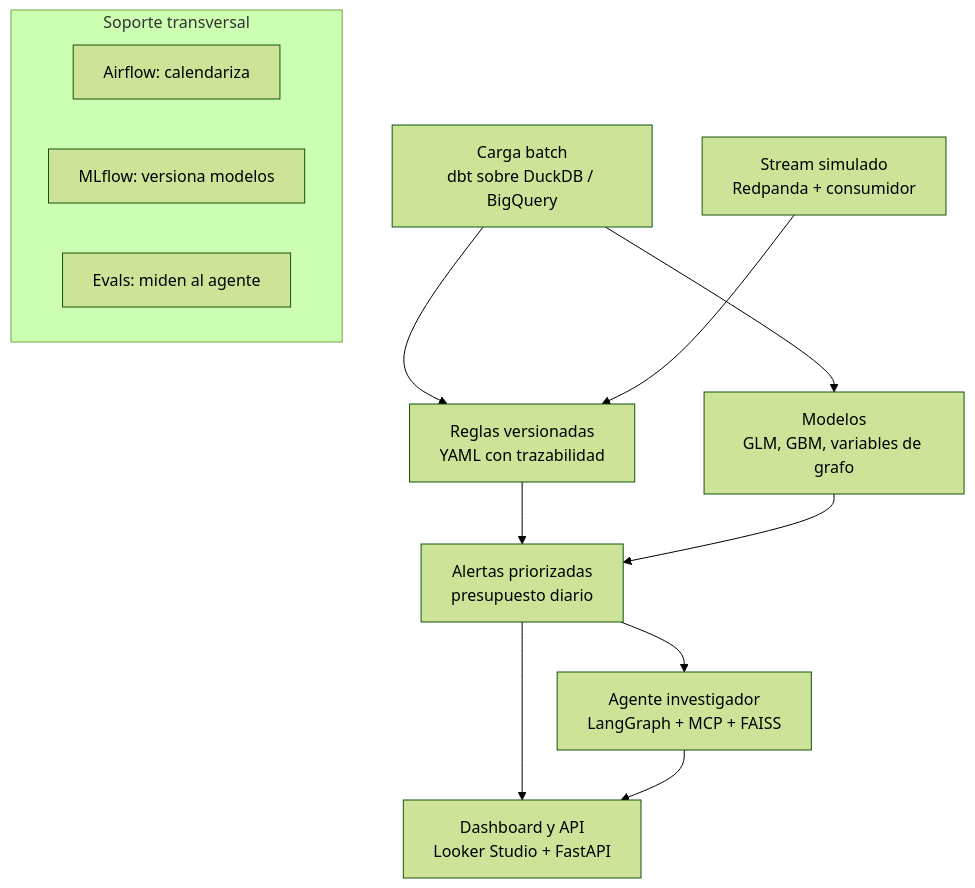
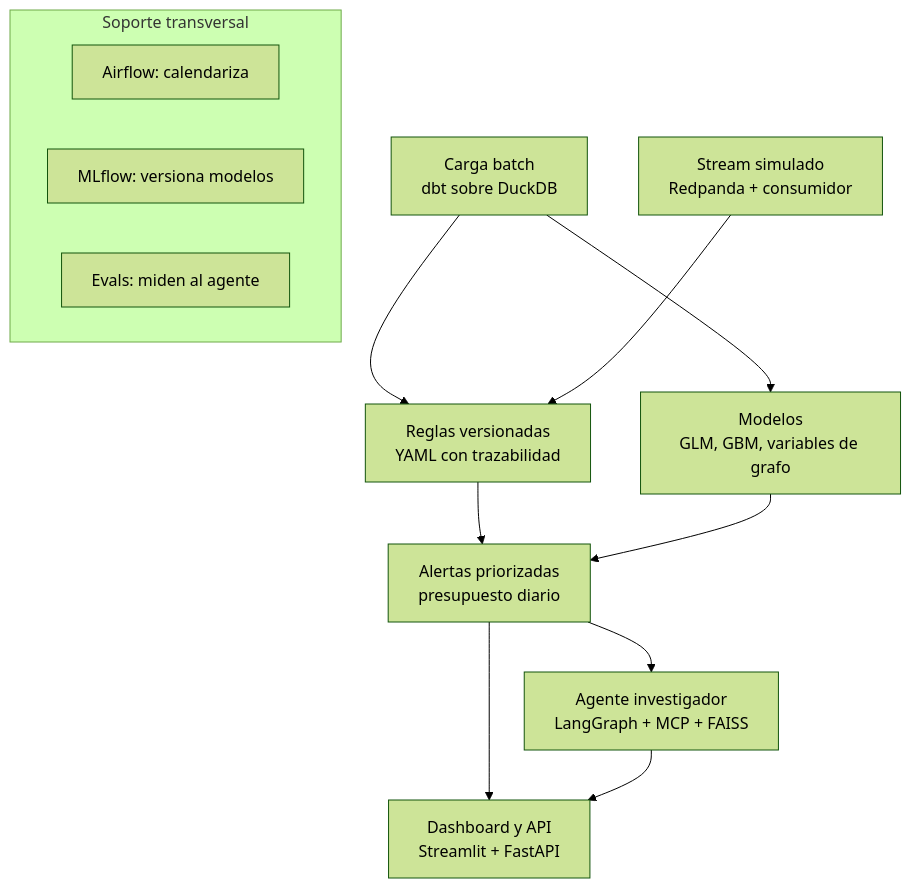
One commit to dansaavedra1103/atalayero changed the diagram in docs/design.md. Above: the diagram before and after it, drawn with Mermaid (forest theme). The commit also changed other lines of this file and 1 other file, not shown here.

````diff
--- a/docs/design.md
+++ b/docs/design.md
@@ -23,16 +23,16 @@
 ```mermaid
 flowchart TD
-  A["Carga batch<br>dbt sobre DuckDB / BigQuery"] --> C["Reglas versionadas<br>YAML con trazabilidad"]
+  A["Carga batch<br>dbt sobre DuckDB"] --> C["Reglas versionadas<br>YAML con trazabilidad"]
   A --> D["Modelos<br>GLM, GBM, variables de grafo"]
   B["Stream simulado<br>Redpanda + consumidor"] --> C
   C --> E["Alertas priorizadas<br>presupuesto diario"]
   D --> E
   E --> F["Agente investigador<br>LangGraph + MCP + FAISS"]
-  E --> G["Dashboard y API<br>Looker Studio + FastAPI"]
+  E --> G["Dashboard y API<br>Streamlit + FastAPI"]
   F --> G
   subgraph T["Soporte transversal"]
     H["Airflow: calendariza"]
     I["MLflow: versiona modelos"]
     J["Evals: miden al agente"]
   end
 ```
````
